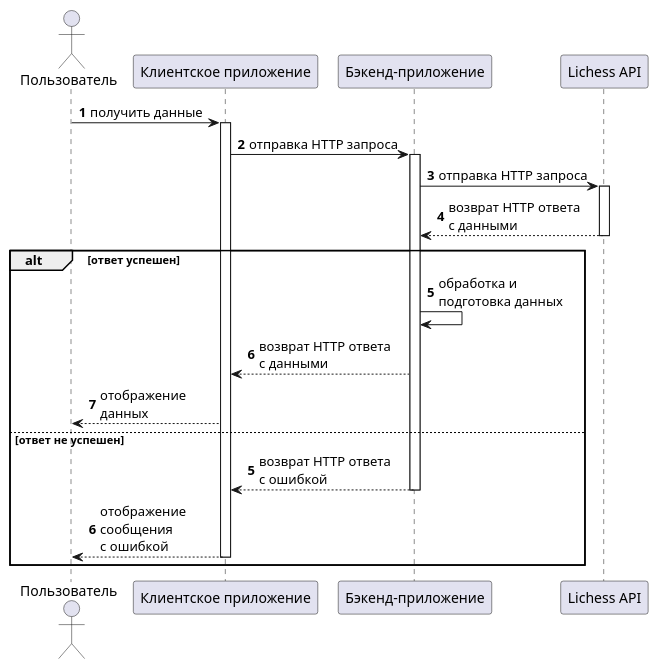
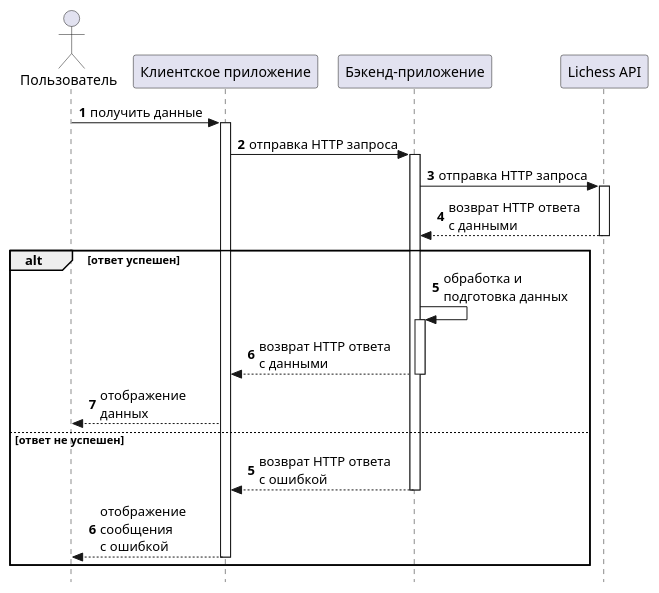
One commit to AleksanderNekr/LichessAnalyzer changed the first of 2 diagrams in docs/lichess_request_response.puml. Above: the diagram before and after it, drawn with PlantUML. The commit also changed other lines of this file and 2 other files, not shown here.

```diff
--- a/docs/lichess_request_response.puml
+++ b/docs/lichess_request_response.puml
@@ -1,40 +1,46 @@
 @startuml Basic Request-Response Sequence
 'https://plantuml.com/sequence-diagram
+
+skinparam {
+    style strictuml
+}
 
 autonumber
 
 ' actors: Пользователь, Клиентское приложение, Бэкенд-приложение, Lichess API
 ' сценарий: пользователь желает отобразить список шахматистов, клиентское приложение запрашивает список у бэкенда, бэкенд запрашивает список у Lichess API, Lichess API возвращает список, бэкенд обрабатывает данные и возвращает список клиентскому приложению, клиентское приложение отображает список пользователю
 
 actor Пользователь as user
 participant "Клиентское приложение" as client
 participant "Бэкенд-приложение" as backend
 participant "Lichess API" as lichess
 
 user -> client: получить данные
 activate client
 
 client -> backend: отправка HTTP запроса
 activate backend
 
 backend -> lichess: отправка HTTP запроса
 activate lichess
 lichess --> backend: возврат HTTP ответа\nс данными
 deactivate lichess
 
 alt ответ успешен
     backend -> backend: обработка и\nподготовка данных
+    activate backend
     backend --> client: возврат HTTP ответа\nс данными
+    deactivate backend
     
     client --> user: отображение\nданных
 else ответ не успешен
     autonumber 5
     backend --> client: возврат HTTP ответа\nс ошибкой
     deactivate backend
     
     client --> user: отображение\nсообщения\nс ошибкой
     deactivate client
 end
 
 
 @enduml
```
